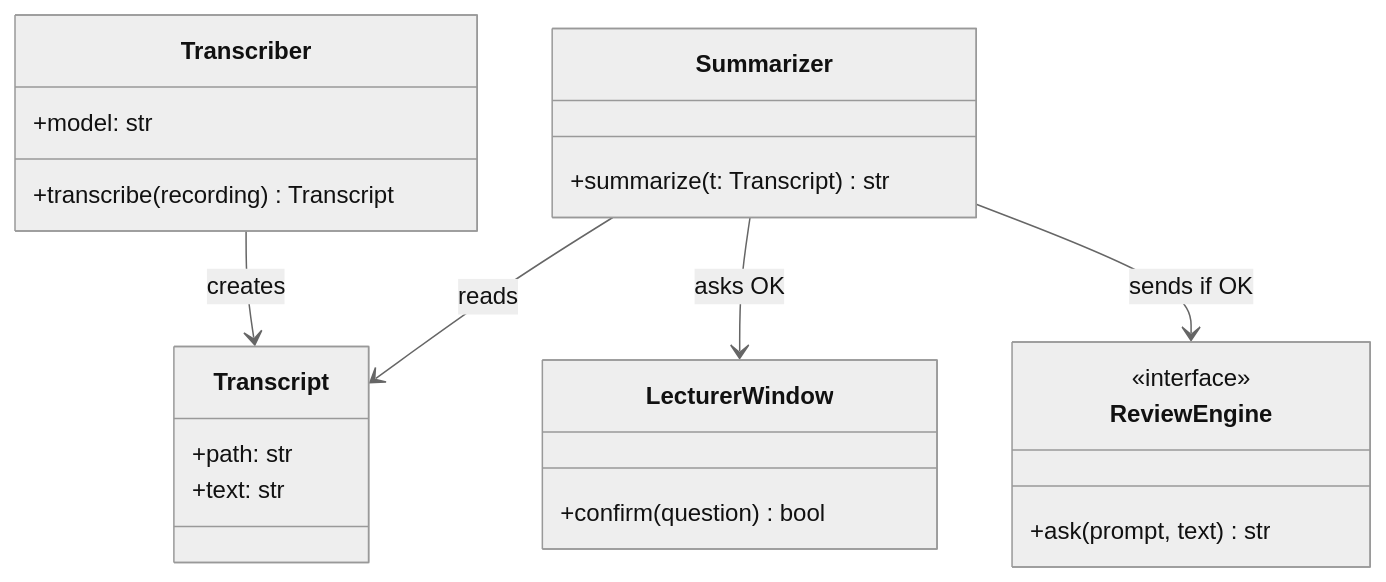
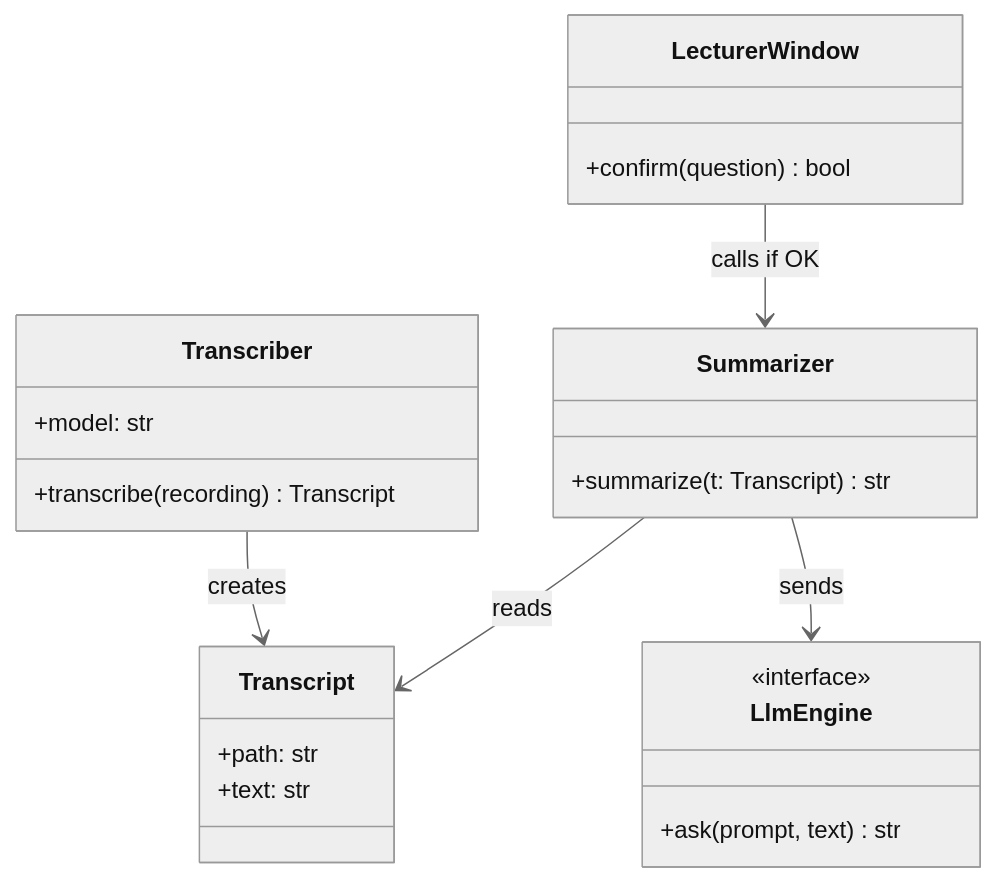
One commit to yonatanShoval/OOP_Exercise2 changed the sixth of 15 diagrams in docs/design.md. Above: the diagram before and after it, drawn with Mermaid (neutral theme). The commit also changed other lines of this file and 4 other files, not shown here.

First line of the commit message:
Step 8 fixes: LlmEngine name, dependency direction, DatabaseGateway, challenge data path

````diff
--- a/docs/design.md
+++ b/docs/design.md
@@ -239,26 +239,26 @@
 ```mermaid
 classDiagram
     direction TB
     class Transcriber {
         +model: str
         +transcribe(recording) Transcript
     }
     class Transcript {
         +path: str
         +text: str
     }
     class Summarizer {
         +summarize(t: Transcript) str
     }
     class LecturerWindow {
         +confirm(question) bool
     }
-    class ReviewEngine {
+    class LlmEngine {
         <<interface>>
         +ask(prompt, text) str
     }
     Transcriber --> Transcript : creates
-    Summarizer --> LecturerWindow : asks OK
+    LecturerWindow --> Summarizer : calls if OK
     Summarizer --> Transcript : reads
-    Summarizer --> ReviewEngine : sends if OK
+    Summarizer --> LlmEngine : sends
 ```
````
